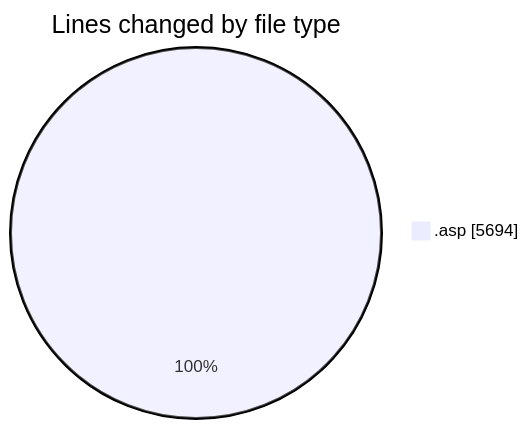
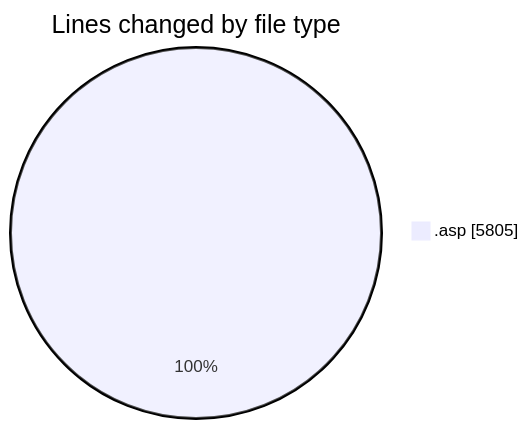
The first of 2 diagrams in 2025-10-17/cdp_aleoudev_fr__workspace_/README.md (julien-gomy/code-tracking), drawn with Mermaid before and after one commit. The commit also changed other lines of this file and 1 other file, not shown here.

````diff
--- a/2025-10-17/cdp_aleoudev_fr__workspace_/README.md
+++ b/2025-10-17/cdp_aleoudev_fr__workspace_/README.md
@@ -26,5 +27,5 @@
 ```mermaid
 pie showData
 title Lines changed by file type
-".asp" : 5694
+".asp" : 5805
 ```
````
